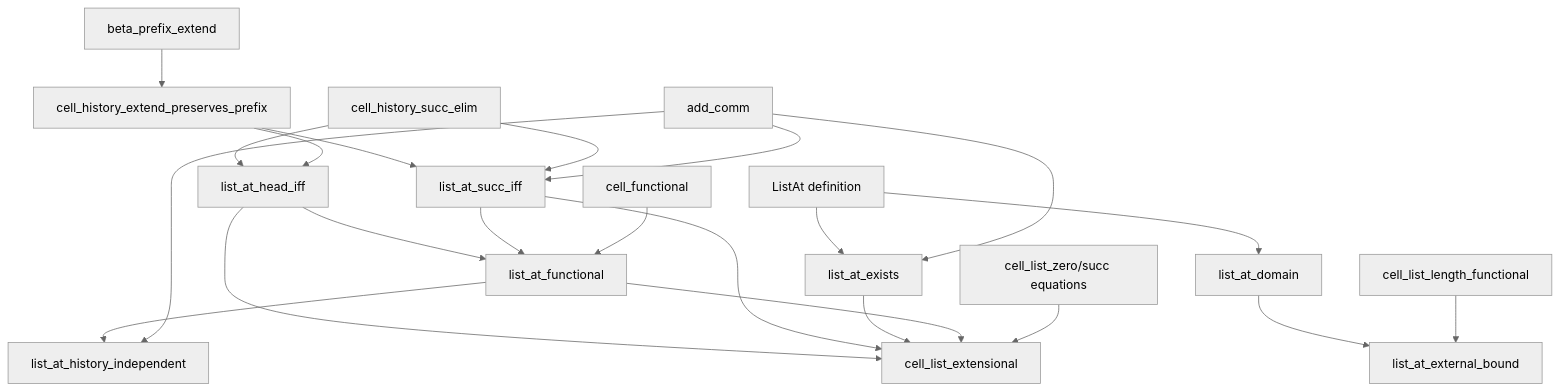
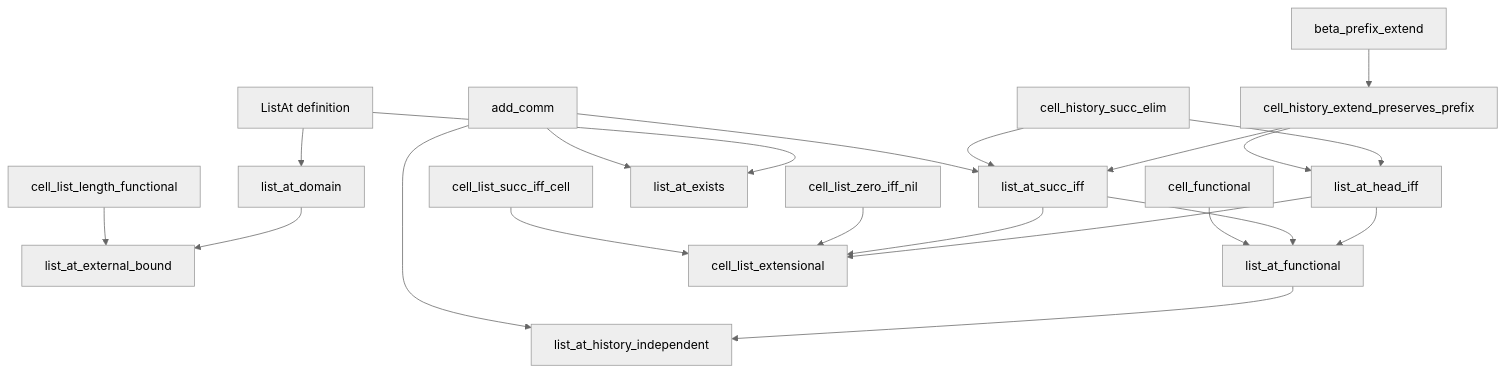
One commit to nasqret/vietnam2026 changed the diagram in research/arithmetic-library/ha-cell-list-lookup-rfc-v1.md. Above: the diagram before and after it, drawn with Mermaid (neutral theme). The commit also changed other lines of this file and 14 other files, not shown here.

````diff
--- a/research/arithmetic-library/ha-cell-list-lookup-rfc-v1.md
+++ b/research/arithmetic-library/ha-cell-list-lookup-rfc-v1.md
@@ -253,28 +253,27 @@
 ```mermaid
 flowchart TD
   BPE[beta_prefix_extend] --> PRES[cell_history_extend_preserves_prefix]
   CHE[cell_history_succ_elim] --> HEAD[list_at_head_iff]
   PRES --> HEAD
   PRES --> SUCC[list_at_succ_iff]
   CHE --> SUCC
   AC[add_comm] --> SUCC
 
   DEF[ListAt definition] --> DOM[list_at_domain]
   DOM --> BOUND[list_at_external_bound]
   LEN[cell_list_length_functional] --> BOUND
   DEF --> EXISTS[list_at_exists]
   AC --> EXISTS
 
   HEAD --> FUNC[list_at_functional]
   SUCC --> FUNC
   CF[cell_functional] --> FUNC
 
   FUNC --> INDEP[list_at_history_independent]
   AC --> INDEP
 
   HEAD --> EXT[cell_list_extensional]
   SUCC --> EXT
-  EXISTS --> EXT
-  FUNC --> EXT
-  EQNS[cell_list_zero/succ equations] --> EXT
+  ZEROEQ[cell_list_zero_iff_nil] --> EXT
+  SUCCEQ[cell_list_succ_iff_cell] --> EXT
 ```
````
